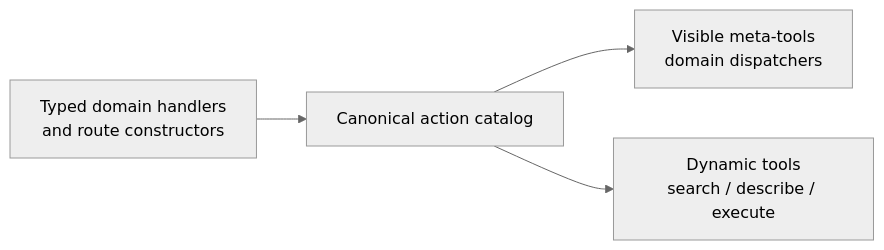
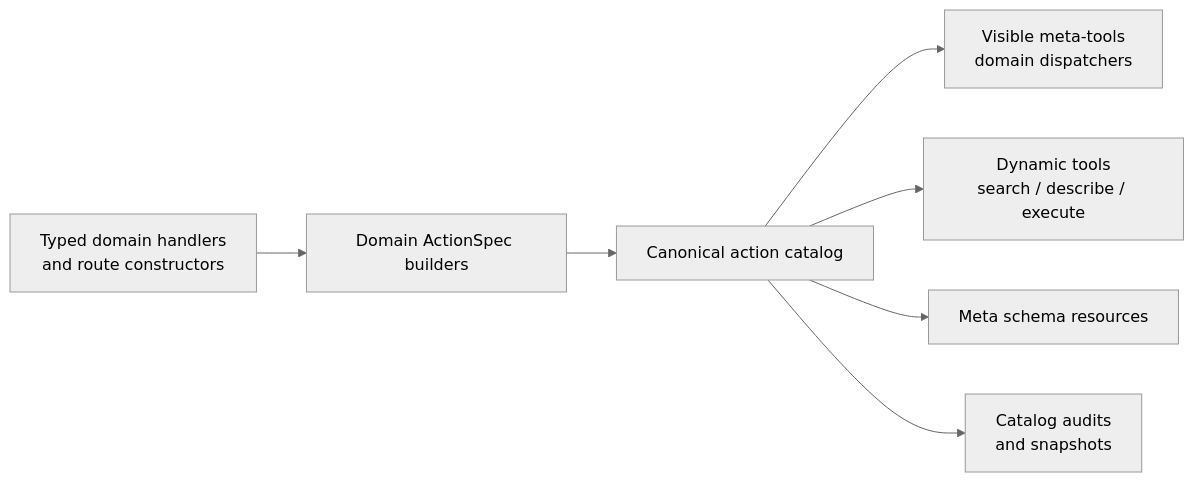
The first of 2 diagrams in docs/development/tool-surfaces-and-action-core.md (jmrplens/gitlab-mcp-server), drawn with Mermaid (neutral theme) before and after one commit. The commit also changed other lines of this file and 174 other files, not shown here.

First line of the commit message:
Refactor action catalog around canonical ActionSpec metadata (#105)

````diff
--- a/docs/development/tool-surfaces-and-action-core.md
+++ b/docs/development/tool-surfaces-and-action-core.md
@@ -33,11 +35,17 @@
 ```mermaid
 flowchart LR
         handlers[Typed domain handlers\nand route constructors]
+    specs[Domain ActionSpec builders]
         catalog[Canonical action catalog]
         meta[Visible meta-tools\ndomain dispatchers]
         dynamic[Dynamic tools\nsearch / describe / execute]
+    schemas[Meta schema resources]
+    audits[Catalog audits\nand snapshots]
 
-        handlers --> catalog
+    handlers --> specs
+    specs --> catalog
         catalog --> meta
         catalog --> dynamic
+    catalog --> schemas
+    catalog --> audits
 ```
````
